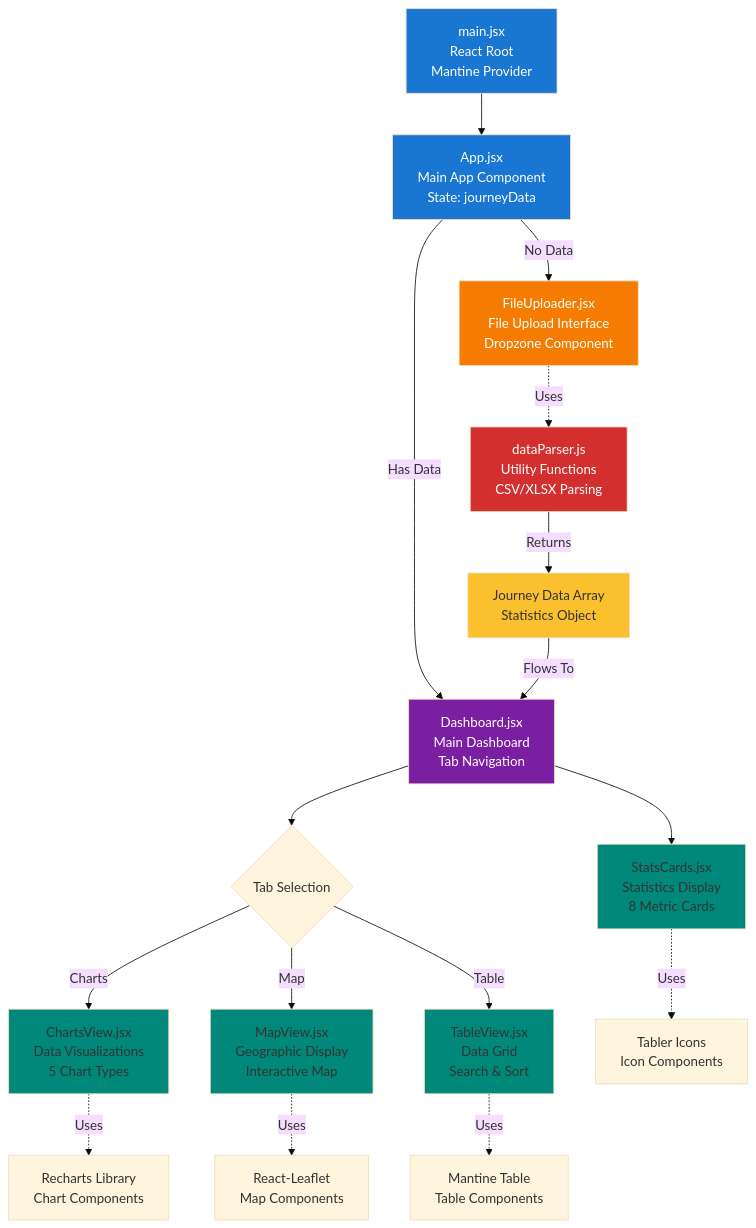
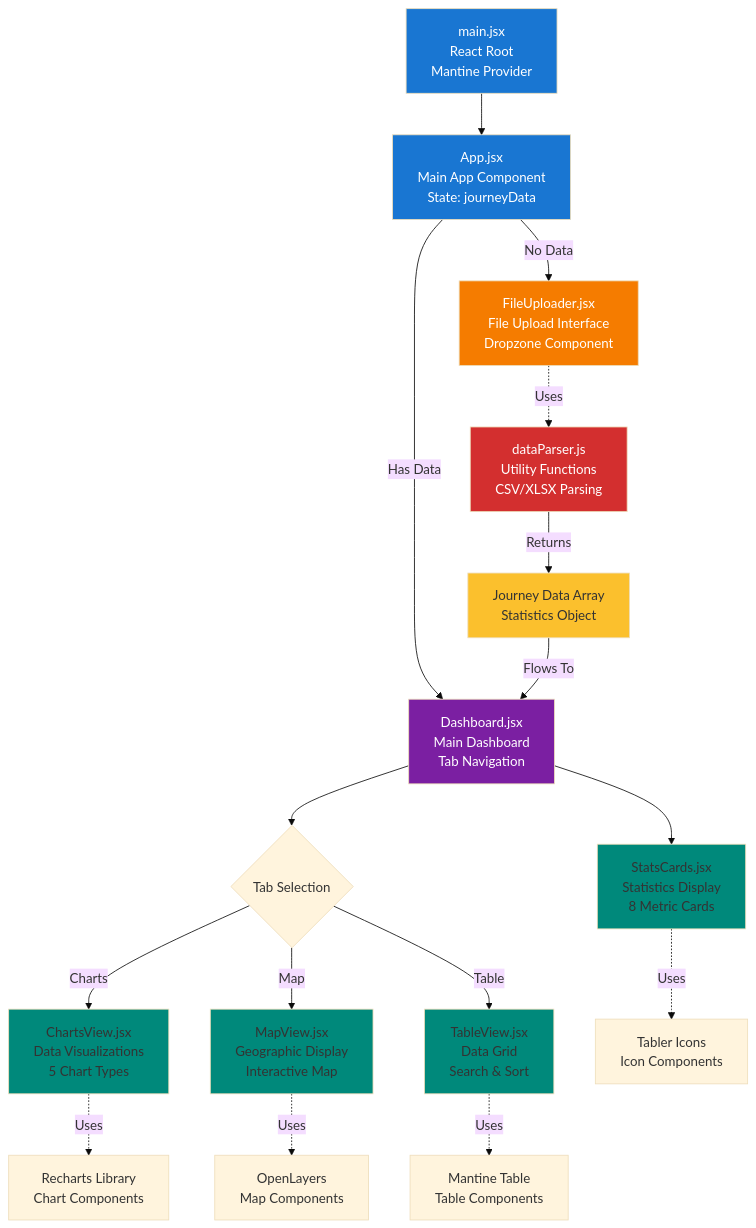
One commit to Polestar-OSS/polestar-journey-log-explorer changed the diagram in docs/diagrams/component-hierarchy.md. Above: the diagram before and after it, drawn with Mermaid (base theme). The commit also changed 4 other files, not shown here.

Commit message:
Updated Map View

````diff
--- a/docs/diagrams/component-hierarchy.md
+++ b/docs/diagrams/component-hierarchy.md
@@ -5,36 +5,36 @@
 ```mermaid
 graph TD
     Root[main.jsx<br/>React Root<br/>Mantine Provider] --> App[App.jsx<br/>Main App Component<br/>State: journeyData]
     
     App -->|No Data| FileUploader[FileUploader.jsx<br/>File Upload Interface<br/>Dropzone Component]
     App -->|Has Data| Dashboard[Dashboard.jsx<br/>Main Dashboard<br/>Tab Navigation]
     
     Dashboard --> StatsCards[StatsCards.jsx<br/>Statistics Display<br/>8 Metric Cards]
     Dashboard --> TabPanel{Tab Selection}
     
     TabPanel -->|Charts| ChartsView[ChartsView.jsx<br/>Data Visualizations<br/>5 Chart Types]
     TabPanel -->|Map| MapView[MapView.jsx<br/>Geographic Display<br/>Interactive Map]
     TabPanel -->|Table| TableView[TableView.jsx<br/>Data Grid<br/>Search & Sort]
     
     FileUploader -.->|Uses| ParserUtil[dataParser.js<br/>Utility Functions<br/>CSV/XLSX Parsing]
     
     ChartsView -.->|Uses| Recharts[Recharts Library<br/>Chart Components]
-    MapView -.->|Uses| Leaflet[React-Leaflet<br/>Map Components]
+    MapView -.->|Uses| OpenLayers[OpenLayers<br/>Map Components]
     TableView -.->|Uses| MantineTable[Mantine Table<br/>Table Components]
     
     StatsCards -.->|Uses| Icons[Tabler Icons<br/>Icon Components]
     
     ParserUtil -->|Returns| DataModel[Journey Data Array<br/>Statistics Object]
     DataModel -->|Flows To| Dashboard
     
     style Root fill:#1976d2,color:#fff
     style App fill:#1976d2,color:#fff
     style FileUploader fill:#f57c00,color:#fff
     style Dashboard fill:#7b1fa2,color:#fff
     style StatsCards fill:#00897b
     style ChartsView fill:#00897b
     style MapView fill:#00897b
     style TableView fill:#00897b
     style ParserUtil fill:#d32f2f,color:#fff
     style DataModel fill:#fbc02d
 ```
````
